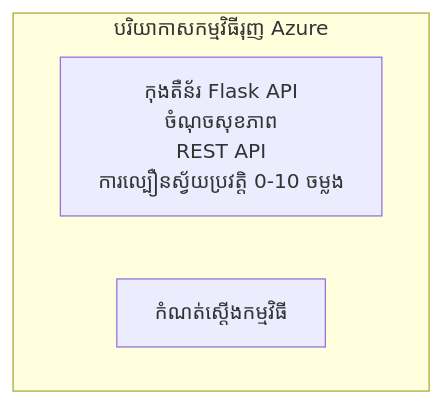
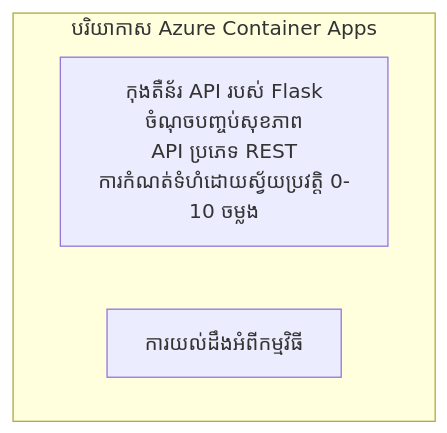
Before and after one commit to microsoft/AZD-for-beginners: the diagram in translations/km/examples/container-app/simple-flask-api/README.md, drawn with Mermaid. The commit also changed other lines of this file and 34 other files, not shown here.

````diff
--- a/translations/km/examples/container-app/simple-flask-api/README.md
+++ b/translations/km/examples/container-app/simple-flask-api/README.md
@@ -26,7 +26,7 @@
 ```mermaid
 graph TD
-    subgraph ACA[បរិយាកាសកម្មវិធីរុញ Azure]
-        Flask[កុងតឺន័រ Flask API<br/>ចំណុចសុខភាព<br/>REST API<br/>ការល្បឿនស្វ័យប្រវត្តិ 0-10 ចម្លង]
-        AppInsights[កំណត់ស្ដើងកម្មវិធី]
+    subgraph ACA[បរិយាកាស Azure Container Apps]
+        Flask[កុងតឺន័រ API របស់ Flask<br/>ចំណុចបញ្ចប់សុខភាព<br/>API ប្រភេទ REST<br/>ការកំណត់ទំហំដោយស្វ័យប្រវត្តិ 0-10 ចម្លង]
+        AppInsights[ការយល់ដឹងអំពីកម្មវិធី]
     end
 ```
````
